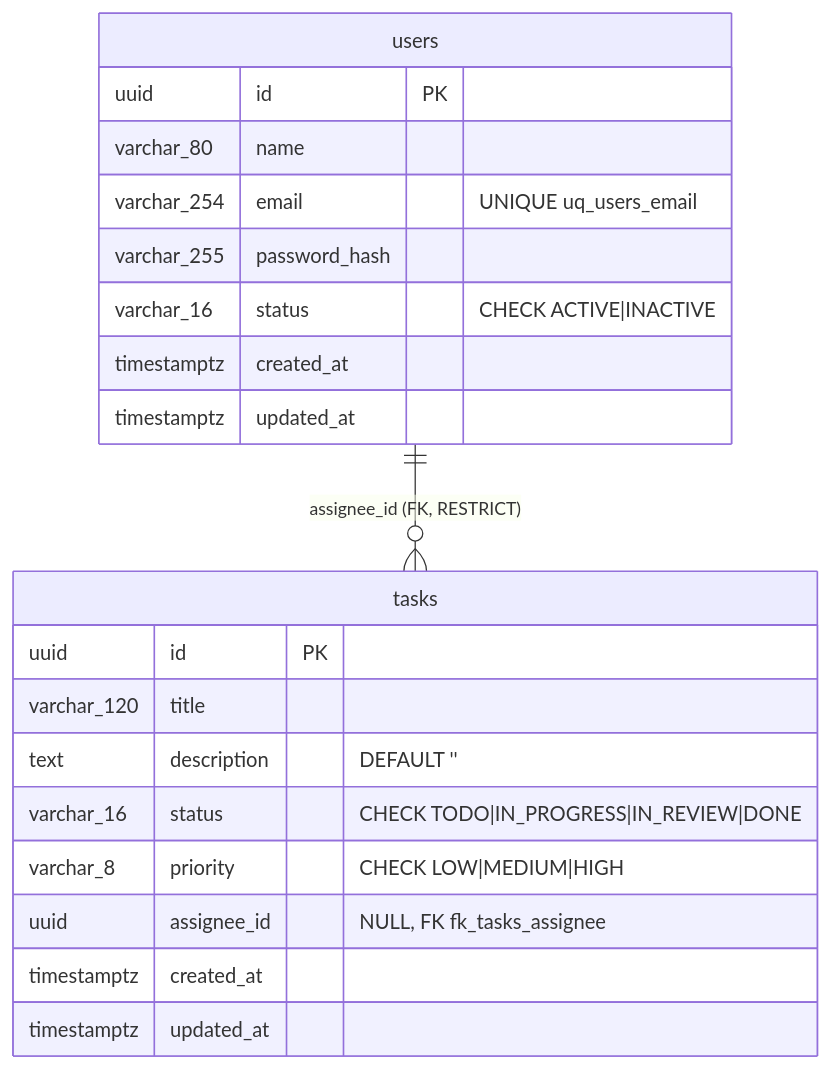
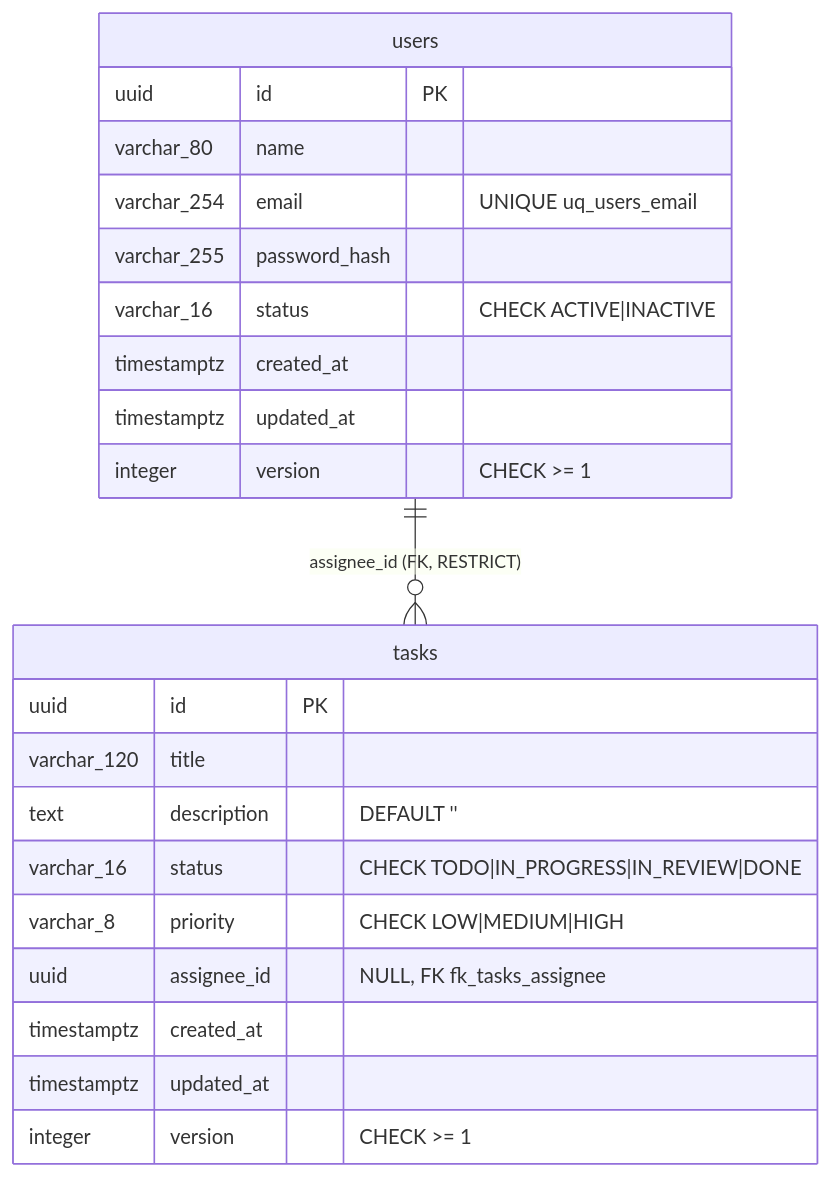
One commit to bryanramosing-ux/Tarea-Curso_NestJS changed the diagram in docs/architecture/persistence.md. Above: the diagram before and after it, drawn with Mermaid. The commit also changed other lines of this file and 46 other files, not shown here.

````diff
--- a/docs/architecture/persistence.md
+++ b/docs/architecture/persistence.md
@@ -21,23 +21,25 @@
 ```mermaid
 erDiagram
   users ||--o{ tasks : "assignee_id (FK, RESTRICT)"
   users {
     uuid id PK
     varchar_80 name
     varchar_254 email "UNIQUE uq_users_email"
     varchar_255 password_hash
     varchar_16 status "CHECK ACTIVE|INACTIVE"
     timestamptz created_at
     timestamptz updated_at
+    integer version "CHECK >= 1"
   }
   tasks {
     uuid id PK
     varchar_120 title
     text description "DEFAULT ''"
     varchar_16 status "CHECK TODO|IN_PROGRESS|IN_REVIEW|DONE"
     varchar_8 priority "CHECK LOW|MEDIUM|HIGH"
     uuid assignee_id "NULL, FK fk_tasks_assignee"
     timestamptz created_at
     timestamptz updated_at
+    integer version "CHECK >= 1"
   }
 ```
````
